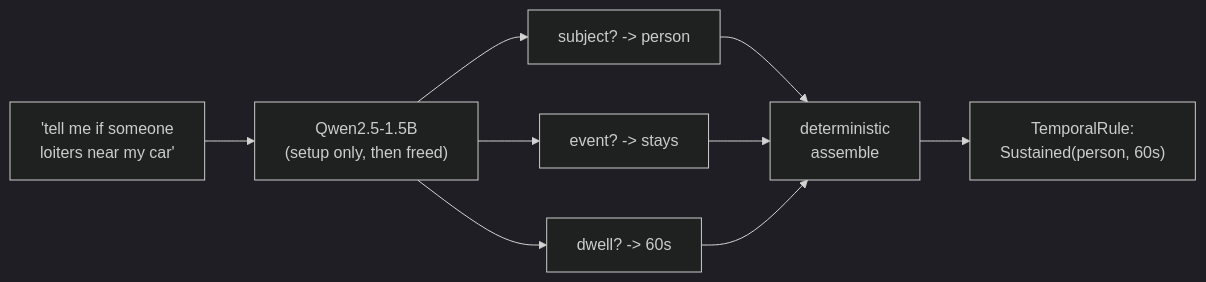
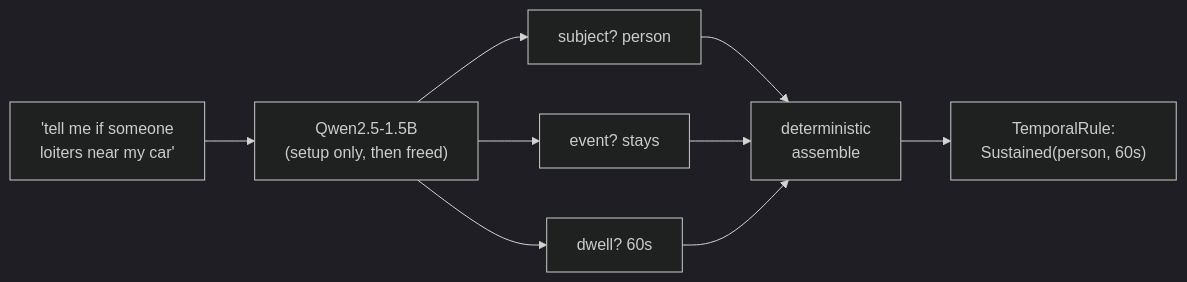
Before and after one commit to hungtruongOwolf/nightjar: the fourth of 5 diagrams in README.md, drawn with Mermaid (dark theme). The commit also changed other lines of this file and 96 other files, not shown here.

````diff
--- a/README.md
+++ b/README.md
@@ -131,11 +134,11 @@
 ```mermaid
 flowchart LR
   eng["'tell me if someone<br/>loiters near my car'"] --> q["Qwen2.5-1.5B<br/>(setup only, then freed)"]
-  q --> s["subject? -> person"]
-  q --> e["event? -> stays"]
-  q --> d["dwell? -> 60s"]
+  q --> s["subject? person"]
+  q --> e["event? stays"]
+  q --> d["dwell? 60s"]
   s --> asm["deterministic<br/>assemble"]
   e --> asm
   d --> asm
   asm --> rule["TemporalRule:<br/>Sustained(person, 60s)"]
 ```
````
